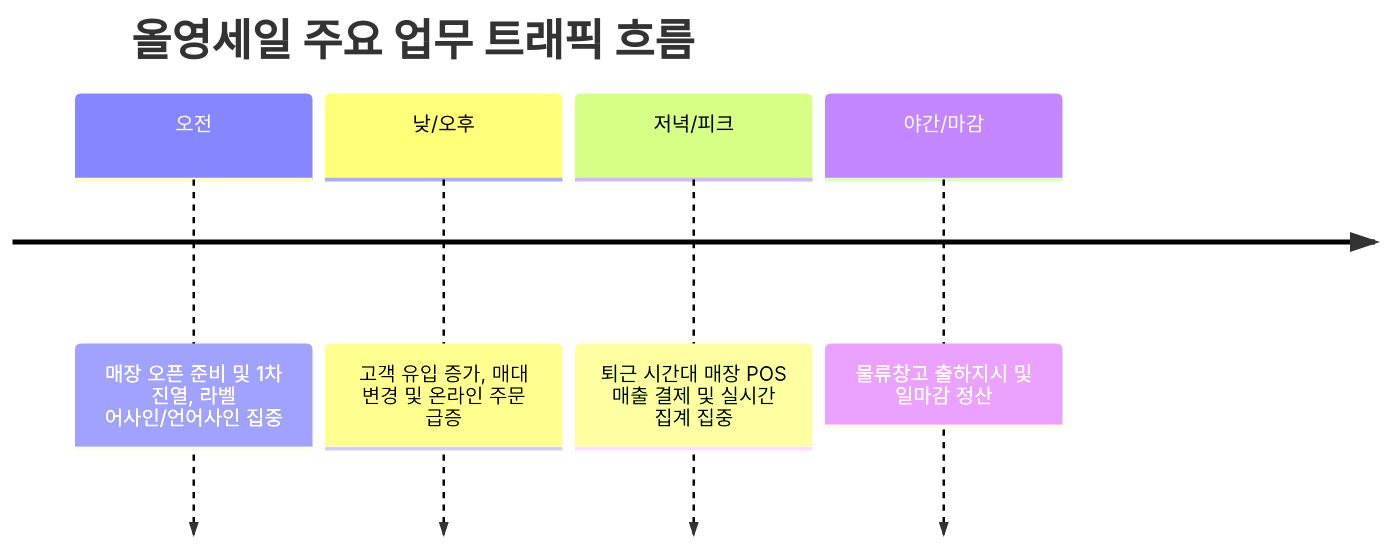
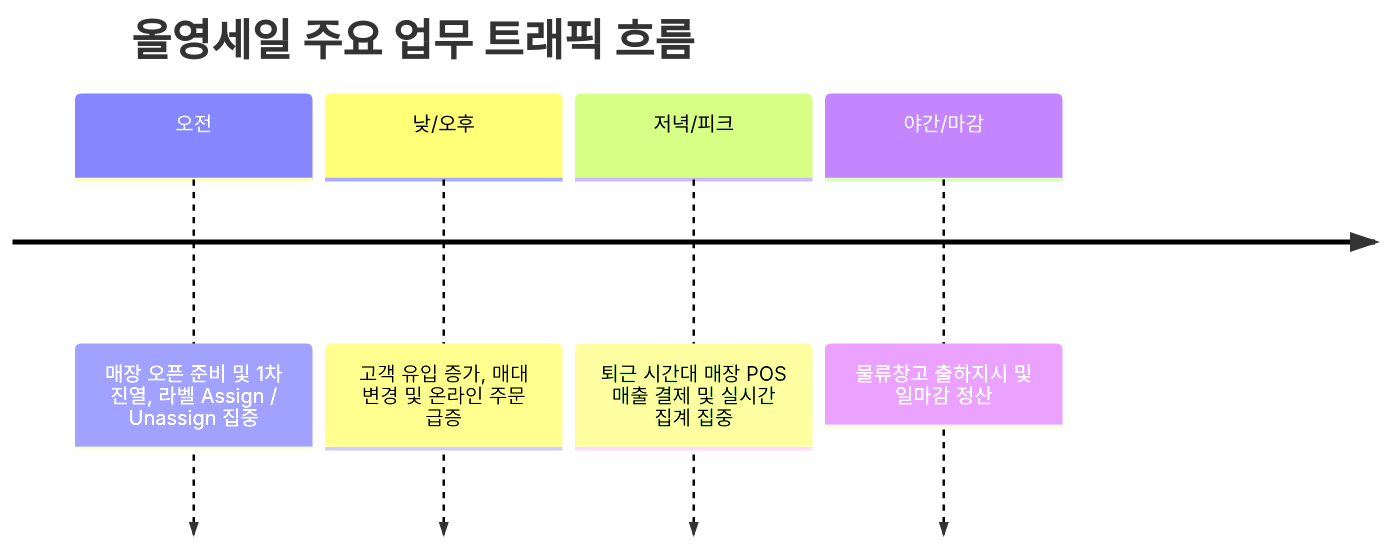
One commit to djpibo/djpibo.github.io changed the second of 5 diagrams in docs/case/2026-1Q/oy-sale-stat-hourly-cpu-sql.md. Above: the diagram before and after it, drawn with Mermaid. The commit also changed other lines of this file and 14 other files, not shown here.

````diff
--- a/docs/case/2026-1Q/oy-sale-stat-hourly-cpu-sql.md
+++ b/docs/case/2026-1Q/oy-sale-stat-hourly-cpu-sql.md
@@ -65,8 +65,8 @@
 ```mermaid
 timeline
     title 올영세일 주요 업무 트래픽 흐름
-    오전 : 매장 오픈 준비 및 1차 진열, 라벨 어사인/언어사인 집중
+    오전 : 매장 오픈 준비 및 1차 진열, 라벨 Assign / Unassign 집중
     낮/오후 : 고객 유입 증가, 매대 변경 및 온라인 주문 급증
     저녁/피크 : 퇴근 시간대 매장 POS 매출 결제 및 실시간 집계 집중
     야간/마감 : 물류창고 출하지시 및 일마감 정산
 ```
````
